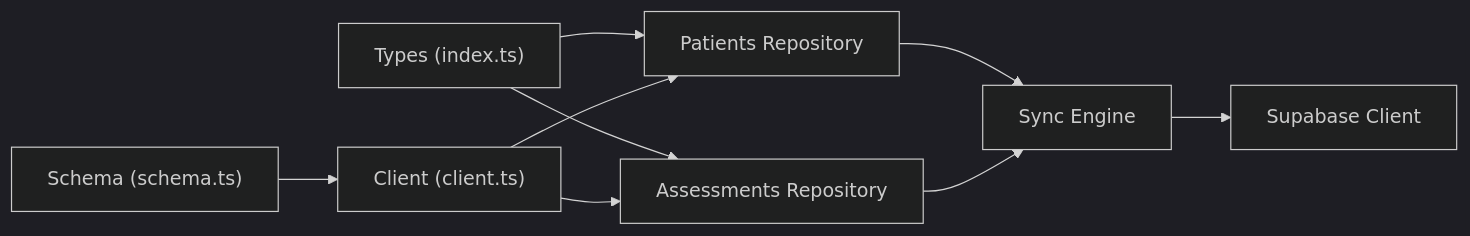
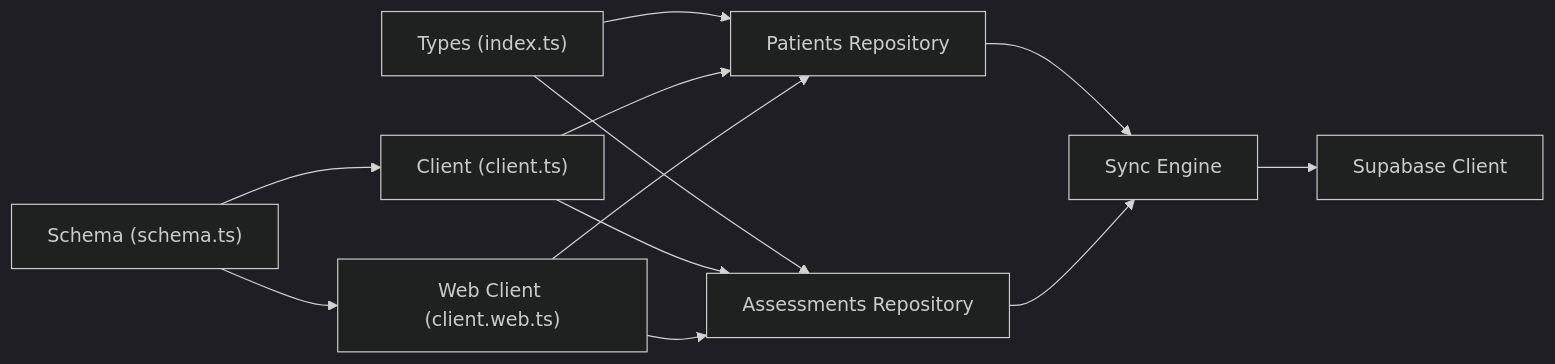
Before and after one commit to AdeelTahir-SE/DermSight: the seventh of 7 diagrams in .qoder/repowiki/en/content/Database Design.md, drawn with Mermaid (dark theme). The commit also changed other lines of this file and 43 other files, not shown here.

````diff
--- a/.qoder/repowiki/en/content/Database Design.md
+++ b/.qoder/repowiki/en/content/Database Design.md
@@ -397,11 +433,14 @@
 ```mermaid
 graph LR
 Types["Types (index.ts)"] --> RepoP["Patients Repository"]
 Types --> RepoA["Assessments Repository"]
 Schema["Schema (schema.ts)"] --> Client["Client (client.ts)"]
+Schema --> WebClient["Web Client (client.web.ts)"]
 Client --> RepoP
 Client --> RepoA
+WebClient --> RepoP
+WebClient --> RepoA
 RepoP --> Sync["Sync Engine"]
 RepoA --> Sync
 Sync --> Supa["Supabase Client"]
 ```
````
